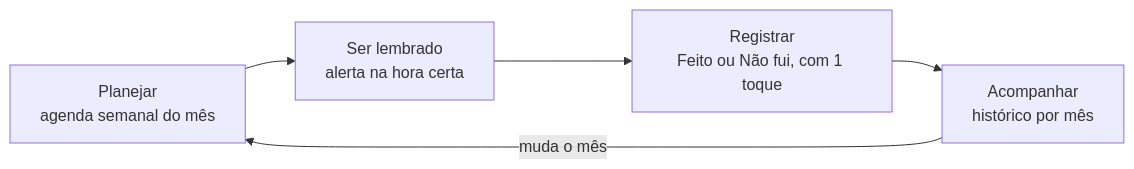
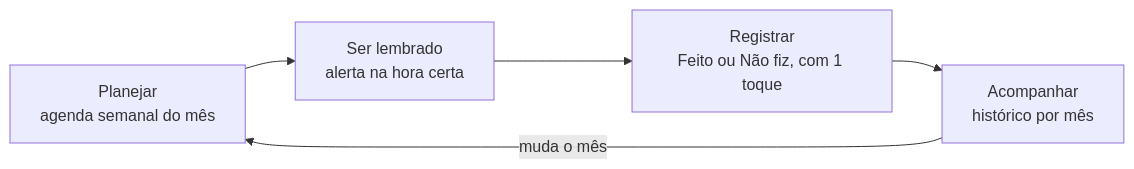
One commit to roseniltonlopes/blueprint-app changed the diagram in README.md. Above: the diagram before and after it, drawn with Mermaid. The commit also changed other lines of this file and 49 other files, not shown here.

First line of the commit message:
feat: Não fiz, lembretes padrão, termos LGPD e exclusão da conta

````diff
--- a/README.md
+++ b/README.md
@@ -14,7 +14,7 @@
 ```mermaid
 flowchart LR
     A["Planejar<br/>agenda semanal do mês"] --> B["Ser lembrado<br/>alerta na hora certa"]
-    B --> C["Registrar<br/>Feito ou Não fui, com 1 toque"]
+    B --> C["Registrar<br/>Feito ou Não fiz, com 1 toque"]
     C --> D["Acompanhar<br/>histórico por mês"]
     D -->|"muda o mês"| A
 ```
````
